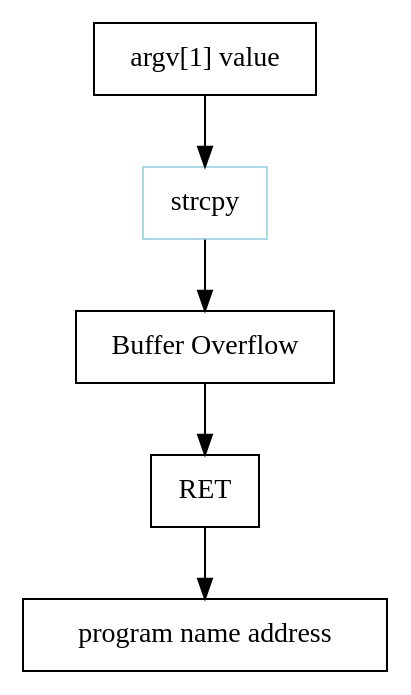
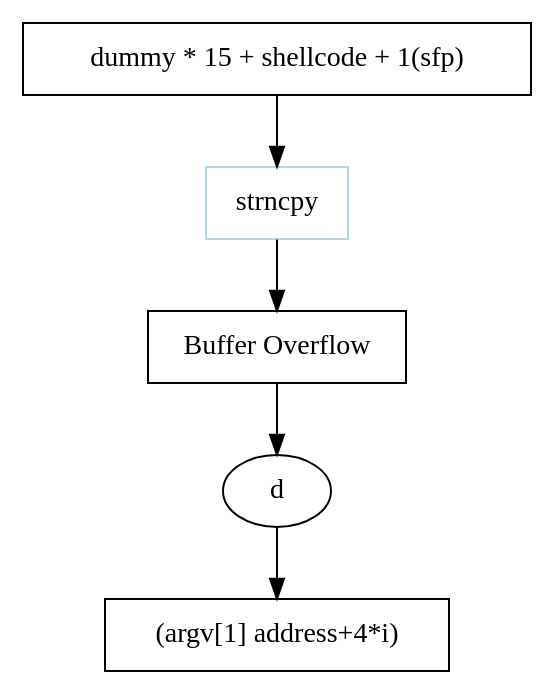
One commit to joizel/ctf_writeup changed the diagram in docs/wargame/pwnable/lob12.rst. Above: the diagram before and after it, drawn with Graphviz. The commit also changed other lines of this file and 12 other files, not shown here.

```diff
--- a/docs/wargame/pwnable/lob12.rst
+++ b/docs/wargame/pwnable/lob12.rst
@@ -5,11 +5,10 @@
 .. graphviz::
 
     digraph foo {
         a -> b -> c -> d -> e;
 
-        a [shape=box, label="argv[1] value"];
-        b [shape=box, color=lightblue, label="strcpy"];
+        a [shape=box, label="dummy * 15 + shellcode + 1(sfp)"];
+        b [shape=box, color=lightblue, label="strncpy"];
         c [shape=box, label="Buffer Overflow"];
-        d [shape=box, label="RET"];
-        e [shape=box, label="program name address"];
+        e [shape=box, label="(argv[1] address+4*i)"];
     }
```
